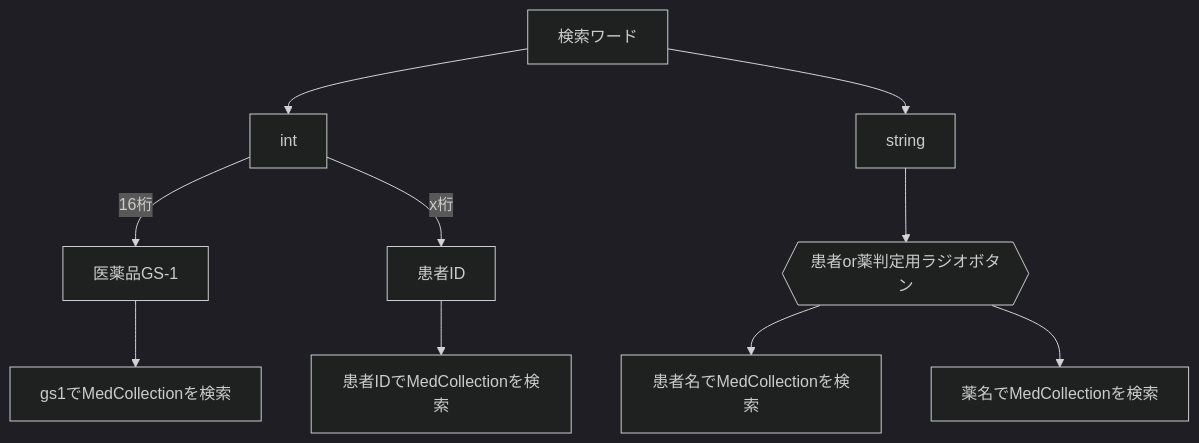
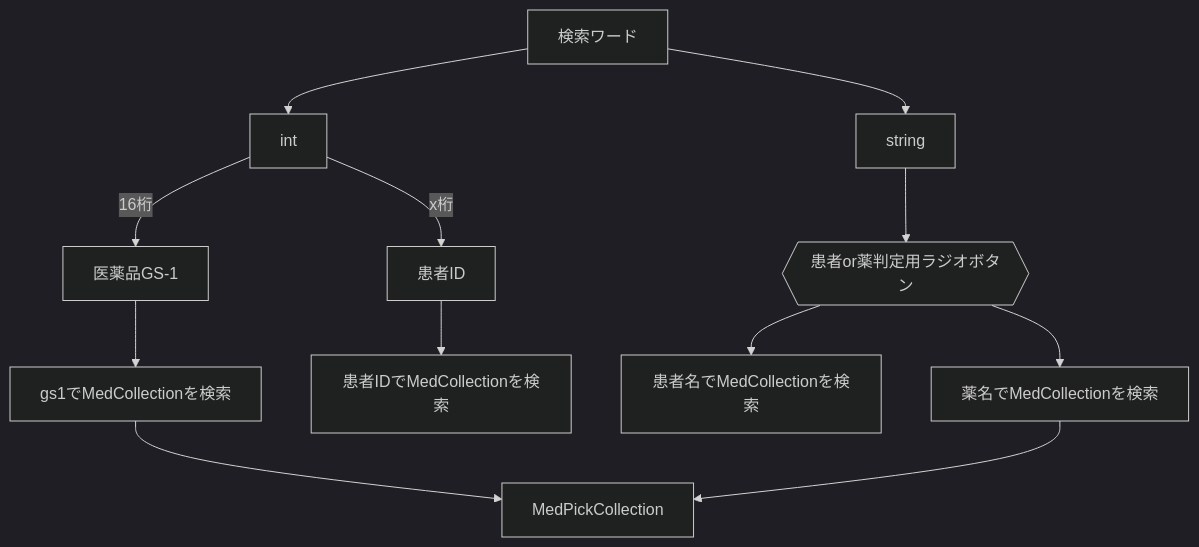
The fourth of 7 diagrams in readme.md (obutora/ODP_calc), drawn with Mermaid (dark theme) before and after one commit.

````diff
--- a/readme.md
+++ b/readme.md
@@ -59,13 +59,13 @@
 ```mermaid
 flowchart TD
 検索ワード --> int
 検索ワード --> string
 int -- 16桁 --> gs1[医薬品GS-1]
-gs1 --> gs1でMedCollectionを検索
+gs1 --> gs1でMedCollectionを検索 --> MedPickCollection
 int -- x桁 --> 患者ID
 患者ID --> 患者IDでMedCollectionを検索
 string --> radio{{患者or薬判定用ラジオボタン}}
 radio --> 患者名でMedCollectionを検索
-radio --> 薬名でMedCollectionを検索
+radio --> 薬名でMedCollectionを検索 --> MedPickCollection
 
 ```
````
